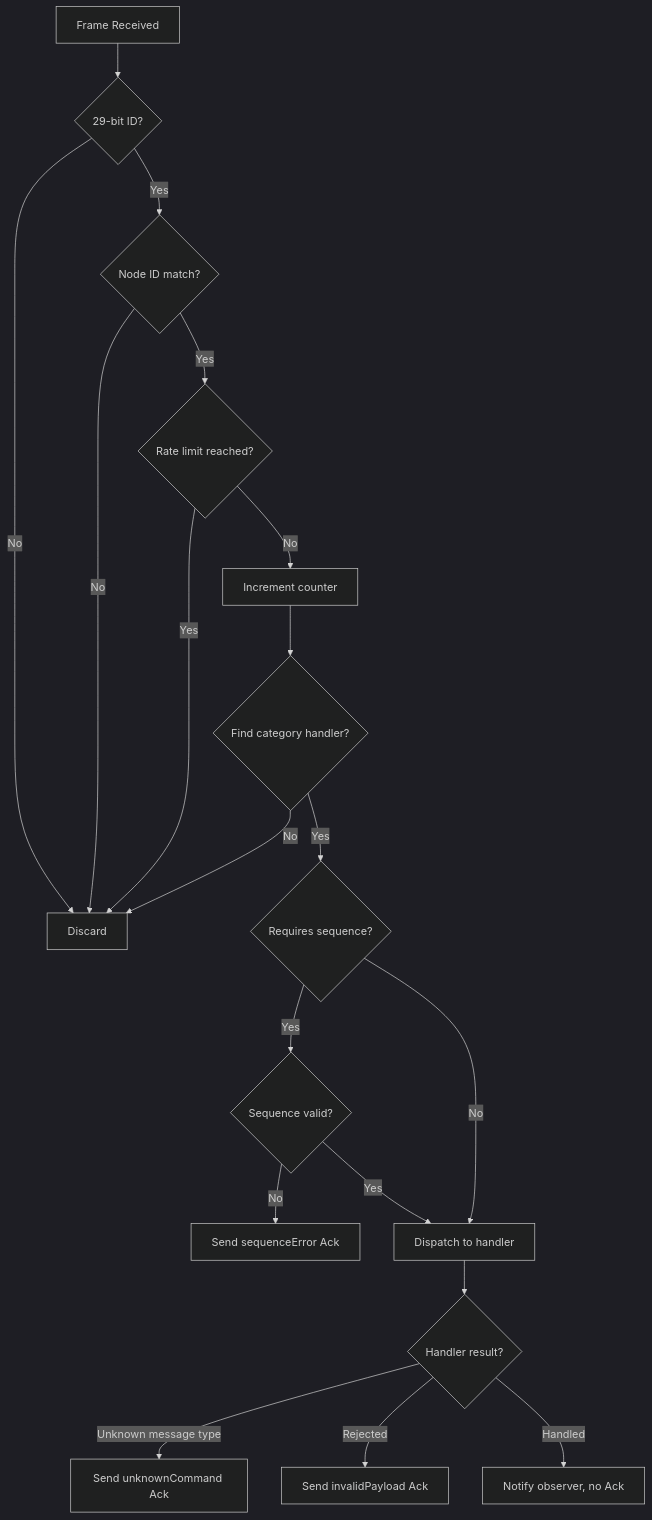
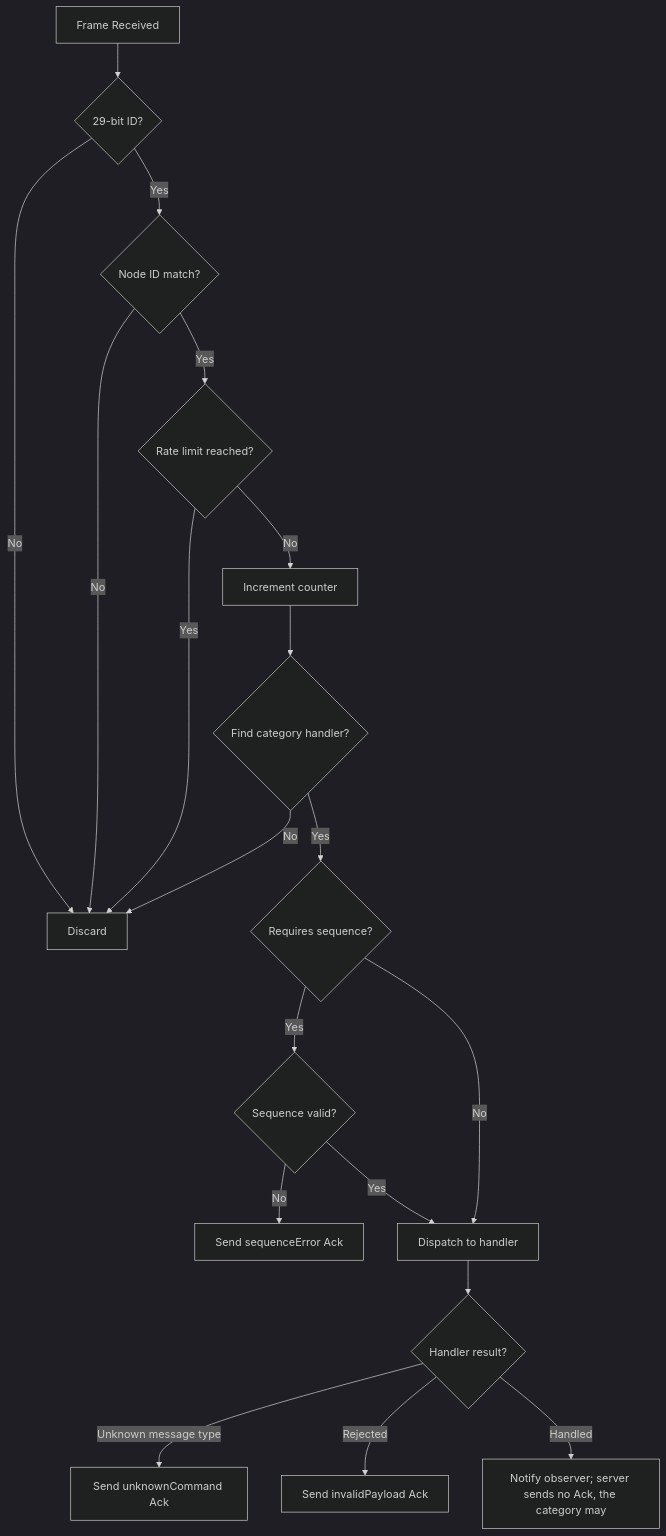
One commit to gabrielsantosphilips/can-lite changed the fourth of 5 diagrams in documents/spec/can-protocol.md. Above: the diagram before and after it, drawn with Mermaid (dark theme).

Commit message:
docs: clarify that a handled command may still be acknowledged by its category

````diff
--- a/documents/spec/can-protocol.md
+++ b/documents/spec/can-protocol.md
@@ -353,21 +353,21 @@
 ```mermaid
 flowchart TD
     A[Frame Received] --> B{29-bit ID?}
     B -- No --> Z[Discard]
     B -- Yes --> C{Node ID match?}
     C -- No --> Z
     C -- Yes --> D{Rate limit reached?}
     D -- Yes --> Z
     D -- No --> E[Increment counter]
     E --> F{Find category handler?}
     F -- No --> Z
     F -- Yes --> G{Requires sequence?}
     G -- Yes --> H{Sequence valid?}
     H -- No --> I[Send sequenceError Ack]
     H -- Yes --> J[Dispatch to handler]
     G -- No --> J
     J --> K{Handler result?}
     K -- Unknown message type --> L[Send unknownCommand Ack]
     K -- Rejected --> M[Send invalidPayload Ack]
-    K -- Handled --> N[Notify observer, no Ack]
+    K -- Handled --> N[Notify observer; server sends no Ack, the category may]
 ```
````
